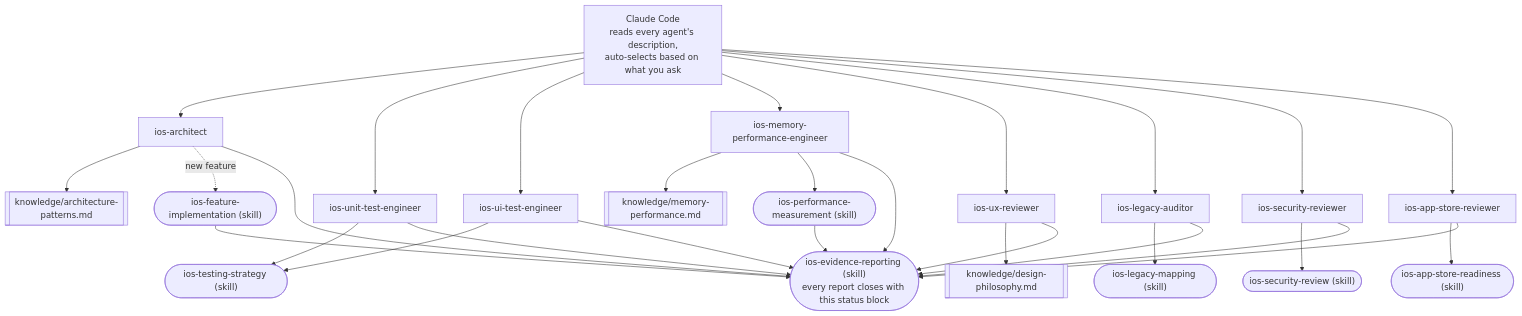
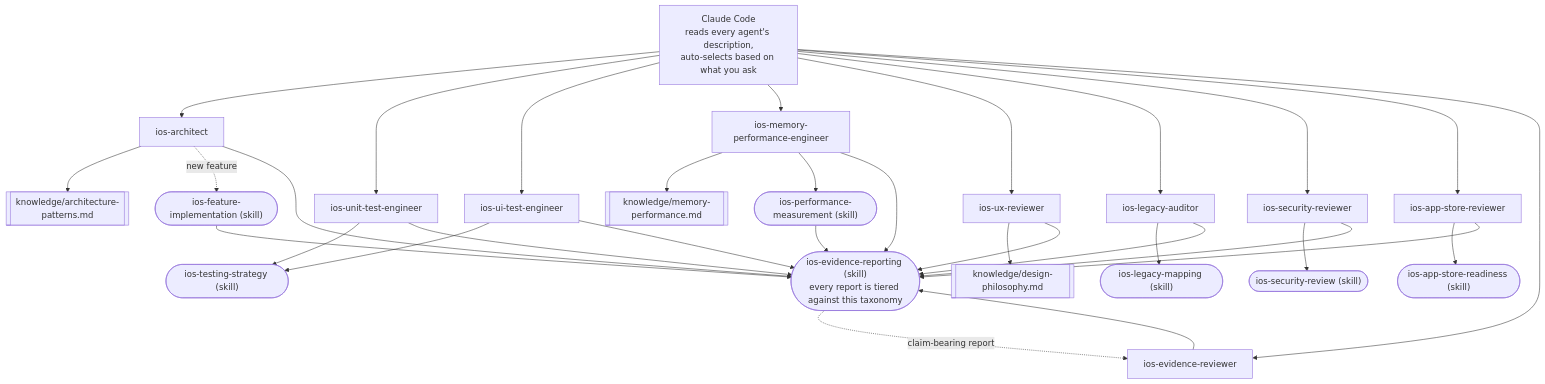
One commit to apexbymanish/claude-ai-agents-ios changed the diagram in README.md. Above: the diagram before and after it, drawn with Mermaid. The commit also changed other lines of this file, not shown here.

First line of the commit message:
Update README for the seven-tier evidence taxonomy and ios-evidence-reviewer

````diff
--- a/README.md
+++ b/README.md
@@ -161,39 +166,42 @@
 ```mermaid
 graph TD
     CC["Claude Code<br/>reads every agent's description,<br/>auto-selects based on what you ask"]
 
     CC --> ARCH[ios-architect]
     CC --> UNIT[ios-unit-test-engineer]
     CC --> UITEST[ios-ui-test-engineer]
     CC --> MEM[ios-memory-performance-engineer]
     CC --> UX[ios-ux-reviewer]
     CC --> LEGACY[ios-legacy-auditor]
     CC --> SEC[ios-security-reviewer]
     CC --> STORE[ios-app-store-reviewer]
+    CC --> REVIEWER[ios-evidence-reviewer]
 
     ARCH --> KARCH[["knowledge/architecture-patterns.md"]]
     ARCH -. new feature .-> FEAT(["ios-feature-implementation (skill)"])
 
     UNIT --> TESTSKILL(["ios-testing-strategy (skill)"])
     UITEST --> TESTSKILL
 
     MEM --> KMEM[["knowledge/memory-performance.md"]]
     MEM --> MEASURE(["ios-performance-measurement (skill)"])
     UX --> KUX[["knowledge/design-philosophy.md"]]
     LEGACY --> LEGSKILL(["ios-legacy-mapping (skill)"])
     SEC --> SECSKILL(["ios-security-review (skill)"])
     STORE --> STORESKILL(["ios-app-store-readiness (skill)"])
 
     ARCH --> EVID
     UNIT --> EVID
     UITEST --> EVID
     MEM --> EVID
     UX --> EVID
     LEGACY --> EVID
     SEC --> EVID
     STORE --> EVID
     FEAT --> EVID
     MEASURE --> EVID
 
-    EVID(["ios-evidence-reporting (skill)<br/>every report closes with this status block"])
+    EVID(["ios-evidence-reporting (skill)<br/>every report is tiered against this taxonomy"])
+    EVID -. claim-bearing report .-> REVIEWER
+    REVIEWER --> EVID
 ```
````
